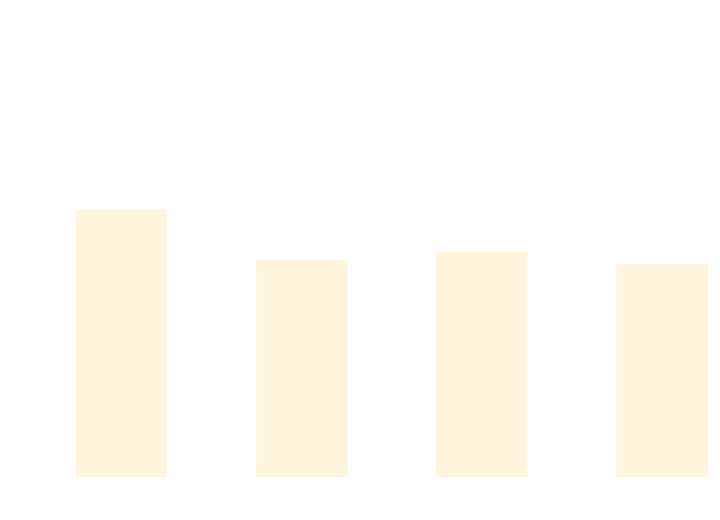
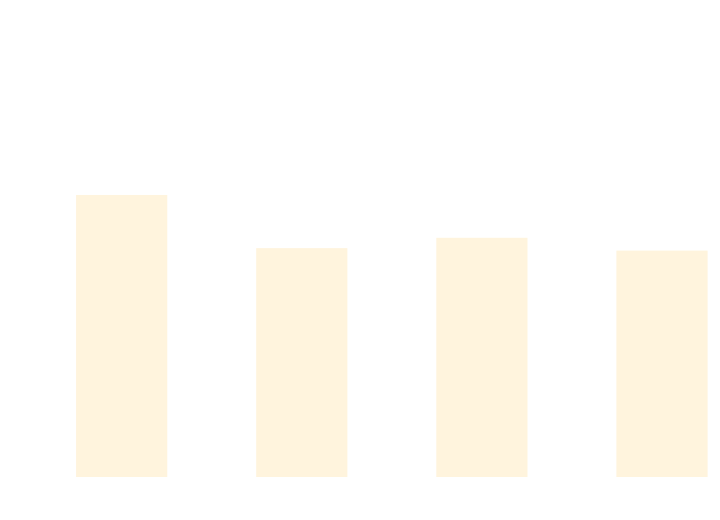
The diagram in docs/docs/benchmarks/BuildTime.md (thomhurst/TUnit), drawn with Mermaid before and after one commit. The commit also changed other lines of this file and 17 other files, not shown here.

````diff
--- a/docs/docs/benchmarks/BuildTime.md
+++ b/docs/docs/benchmarks/BuildTime.md
@@ -28,37 +28,37 @@
 ```mermaid
 %%{init: {
   'theme':'base',
   'themeVariables': {
     'primaryColor': '#2563eb',
     'primaryTextColor': '#ffffff',
     'primaryBorderColor': '#1e40af',
     'lineColor': '#6b7280',
     'secondaryColor': '#7c3aed',
     'tertiaryColor': '#dc2626',
     'background': '#ffffff',
     'mainBkg': '#2563eb',
     'secondBkg': '#7c3aed',
     'tertiaryBkg': '#dc2626',
     'clusterBkg': '#f3f4f6',
     'edgeLabelBackground': '#ffffff',
     'tertiaryTextColor': '#1f2937',
     'pie1': '#2563eb',
     'pie2': '#7c3aed',
     'pie3': '#dc2626',
     'pie4': '#f59e0b',
     'pie5': '#10b981',
     'pie6': '#06b6d4',
     'pie7': '#ec4899',
     'pie8': '#6366f1',
     'pie9': '#84cc16',
     'pie10': '#f97316',
     'pie11': '#14b8a6',
     'pie12': '#a855f7'
   }
 }}%%
 xychart-beta
   title "Build Time Comparison"
   x-axis ["Build_TUnit", "Build_NUnit", "Build_MSTest", "Build_xUnit3"]
   y-axis "Time (s)" 0 --> 3
-  bar [1.899, 1.534, 1.59, 1.505]
+  bar [2.01, 1.62, 1.696, 1.602]
 ```
````
